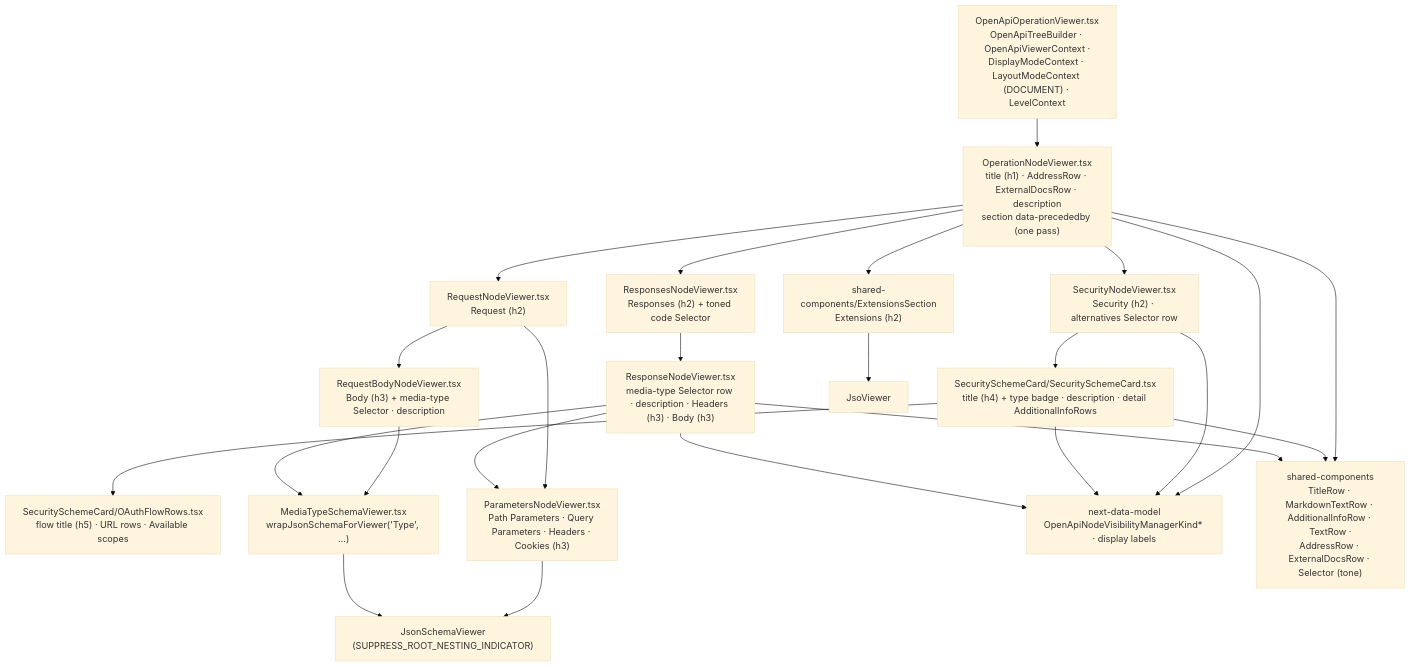
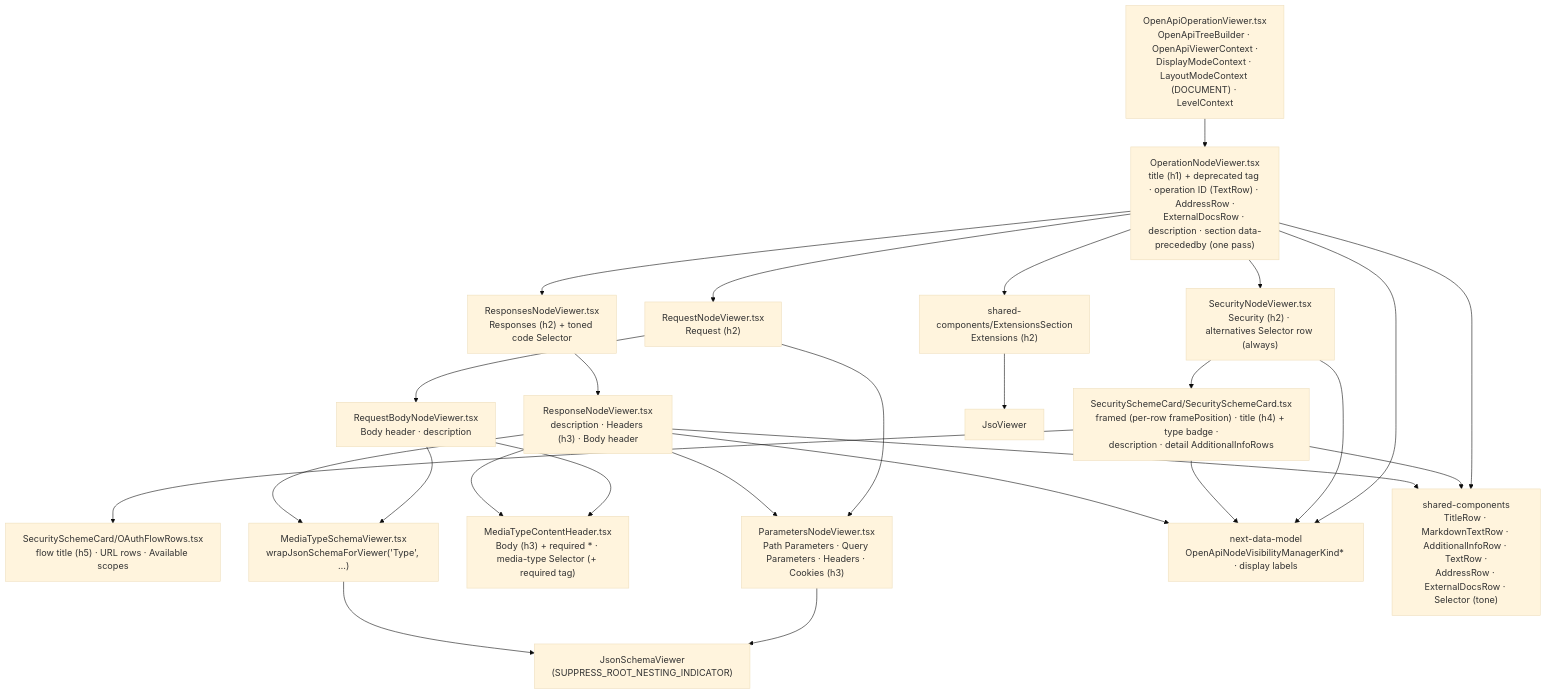
Before and after one commit to Netcracker/qubership-apihub-api-doc-viewer: the diagram in docs/design/openapi/architecture/viewer-plain.md, drawn with Mermaid (base theme). The commit also changed 22 other files, not shown here.

````diff
--- a/docs/design/openapi/architecture/viewer-plain.md
+++ b/docs/design/openapi/architecture/viewer-plain.md
@@ -8,43 +8,46 @@
 ```mermaid
 flowchart TB
   Root["OpenApiOperationViewer.tsx<br/>OpenApiTreeBuilder · OpenApiViewerContext ·<br/>DisplayModeContext · LayoutModeContext (DOCUMENT) · LevelContext"]
-  Operation["OperationNodeViewer.tsx<br/>title (h1) · AddressRow · ExternalDocsRow · description<br/>section data-precededby (one pass)"]
-  Security["SecurityNodeViewer.tsx<br/>Security (h2) · alternatives Selector row"]
-  Card["SecuritySchemeCard/SecuritySchemeCard.tsx<br/>title (h4) + type badge · description · detail AdditionalInfoRows"]
+  Operation["OperationNodeViewer.tsx<br/>title (h1) + deprecated tag · operation ID (TextRow) · AddressRow ·<br/>ExternalDocsRow · description · section data-precededby (one pass)"]
+  Security["SecurityNodeViewer.tsx<br/>Security (h2) · alternatives Selector row (always)"]
+  Card["SecuritySchemeCard/SecuritySchemeCard.tsx<br/>framed (per-row framePosition) · title (h4) + type badge ·<br/>description · detail AdditionalInfoRows"]
   Flow["SecuritySchemeCard/OAuthFlowRows.tsx<br/>flow title (h5) · URL rows · Available scopes"]
   Extensions["shared-components/ExtensionsSection<br/>Extensions (h2)"]
   Request["RequestNodeViewer.tsx<br/>Request (h2)"]
   Params["ParametersNodeViewer.tsx<br/>Path Parameters · Query Parameters · Headers · Cookies (h3)"]
-  Body["RequestBodyNodeViewer.tsx<br/>Body (h3) + media-type Selector · description"]
+  Body["RequestBodyNodeViewer.tsx<br/>Body header · description"]
+  BodyHeader["MediaTypeContentHeader.tsx<br/>Body (h3) + required * · media-type Selector (+ required tag)"]
   Responses["ResponsesNodeViewer.tsx<br/>Responses (h2) + toned code Selector"]
-  Response["ResponseNodeViewer.tsx<br/>media-type Selector row · description · Headers (h3) · Body (h3)"]
+  Response["ResponseNodeViewer.tsx<br/>description · Headers (h3) · Body header"]
   MediaSchema["MediaTypeSchemaViewer.tsx<br/>wrapJsonSchemaForViewer('Type', …)"]
   Visibility["next-data-model<br/>OpenApiNodeVisibilityManagerKind* · display labels"]
   JsonSchema["JsonSchemaViewer<br/>(SUPPRESS_ROOT_NESTING_INDICATOR)"]
   Jso["JsoViewer"]
   SharedRows["shared-components<br/>TitleRow · MarkdownTextRow · AdditionalInfoRow · TextRow ·<br/>AddressRow · ExternalDocsRow · Selector (tone)"]
 
   Root --> Operation
   Operation --> Security
   Operation --> Extensions
   Operation --> Request
   Operation --> Responses
   Security --> Card
   Card --> Flow
   Request --> Params
   Request --> Body
+  Body --> BodyHeader
   Body --> MediaSchema
   Responses --> Response
   Response --> Params
+  Response --> BodyHeader
   Response --> MediaSchema
   Params --> JsonSchema
   MediaSchema --> JsonSchema
   Extensions --> Jso
   Operation --> Visibility
   Security --> Visibility
   Card --> Visibility
   Response --> Visibility
   Operation --> SharedRows
   Card --> SharedRows
   Response --> SharedRows
 ```
````
